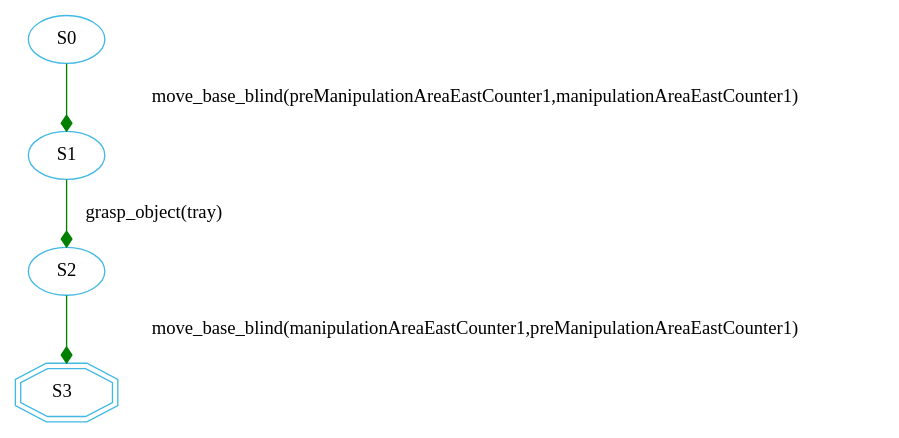
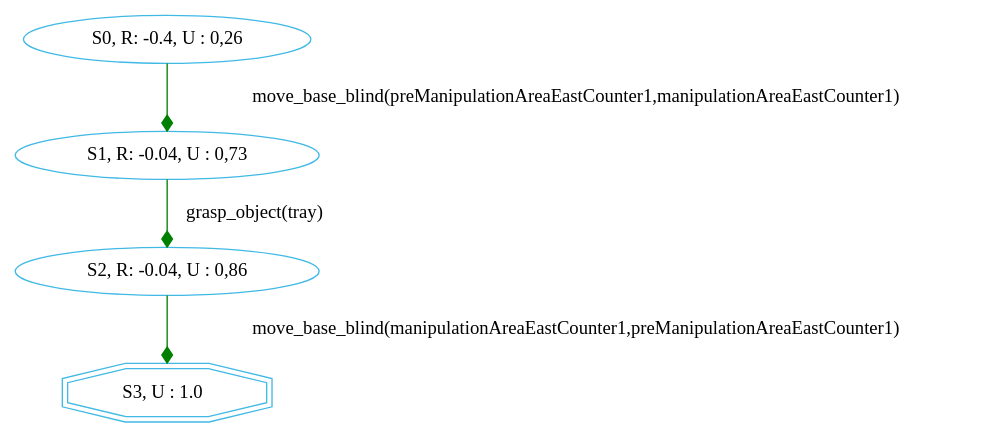
The diagram in chimp/src/main/java/examples/MDP/RACE/test_m_get_object_1.dot (htiraHatem/CHIMP_MDP), drawn with Graphviz before and after one commit. The commit also changed 20 other files, not shown here.

```diff
--- a/chimp/src/main/java/examples/MDP/RACE/test_m_get_object_1.dot
+++ b/chimp/src/main/java/examples/MDP/RACE/test_m_get_object_1.dot
@@ -1,11 +1,11 @@
 digraph {
   node [color="#40b9e5" ]
  size="60,17";
-"3" [label=" S3  " shape=doubleoctagon];
-"0" [label=" S0 "];
-"1" [label=" S1 "];
-"2" [label=" S2 "];
+"3" [label=" S3, U : 1.0  " shape=doubleoctagon];
+"0" [label=" S0, R: -0.4, U : 0,26 "];
+"1" [label=" S1, R: -0.04, U : 0,73 "];
+"2" [label=" S2, R: -0.04, U : 0,86 "];
 "0" -> "1" [ label="move_base_blind(preManipulationAreaEastCounter1,manipulationAreaEastCounter1)"
 , arrowhead = diamond , color=green];"1" -> "2" [ label="grasp_object(tray)"
 , arrowhead = diamond , color=green];"2" -> "3" [ label="move_base_blind(manipulationAreaEastCounter1,preManipulationAreaEastCounter1)"
 , arrowhead = diamond , color=green];}
```
